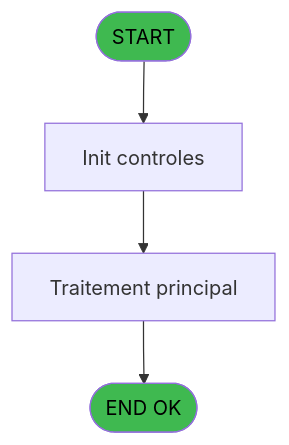
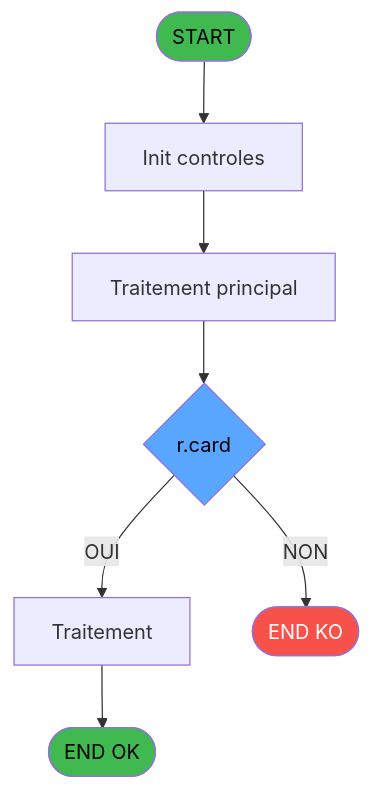
One commit to thonyAGP/lecteur-magic changed the first of 3 diagrams in .openspec/specs/ADH-IDE-80.md. Above: the diagram before and after it, drawn with Mermaid. The commit also changed other lines of this file and 13 other files, not shown here.

````diff
--- a/.openspec/specs/ADH-IDE-80.md
+++ b/.openspec/specs/ADH-IDE-80.md
@@ -56,13 +80,20 @@
 ```mermaid
 flowchart TD
     START([START])
     INIT[Init controles]
     SAISIE[Traitement principal]
+    DECISION{r.card}
+    PROCESS[Traitement]
     ENDOK([END OK])
+    ENDKO([END KO])
 
-    START --> INIT --> SAISIE
-    SAISIE --> ENDOK
+    START --> INIT --> SAISIE --> DECISION
+    DECISION -->|OUI| PROCESS
+    DECISION -->|NON| ENDKO
+    PROCESS --> ENDOK
 
     style START fill:#3fb950,color:#000
     style ENDOK fill:#3fb950,color:#000
+    style ENDKO fill:#f85149,color:#fff
+    style DECISION fill:#58a6ff,color:#000
 ```
````
